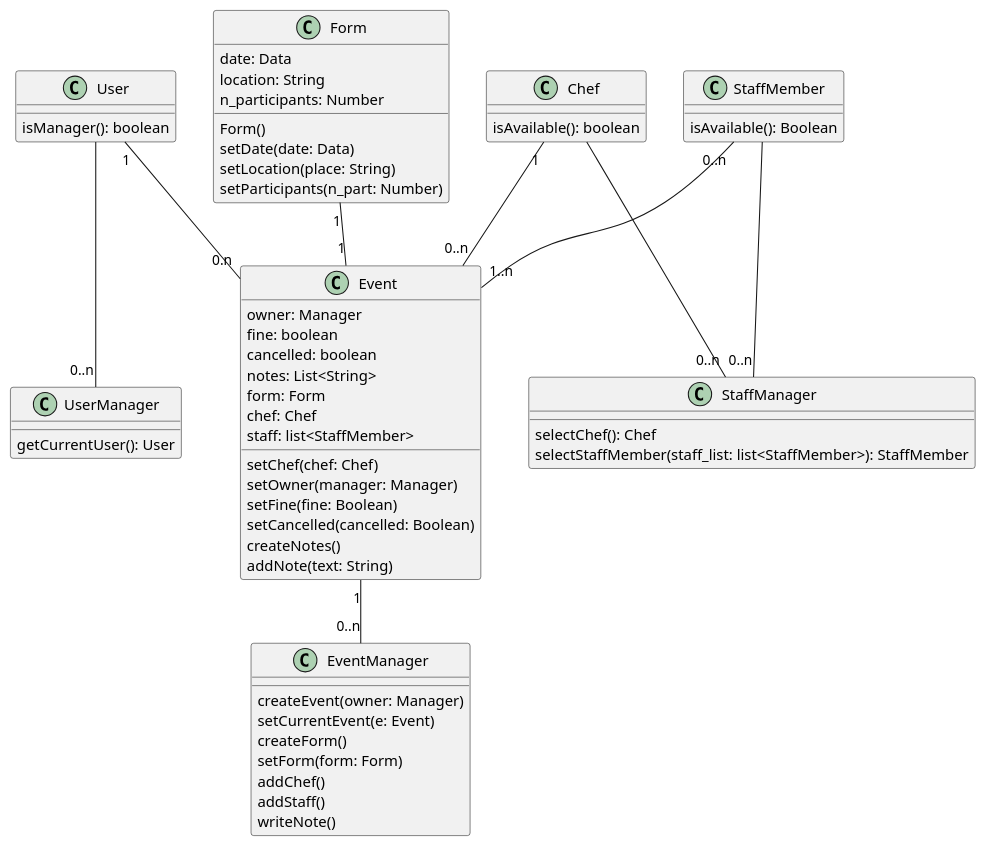
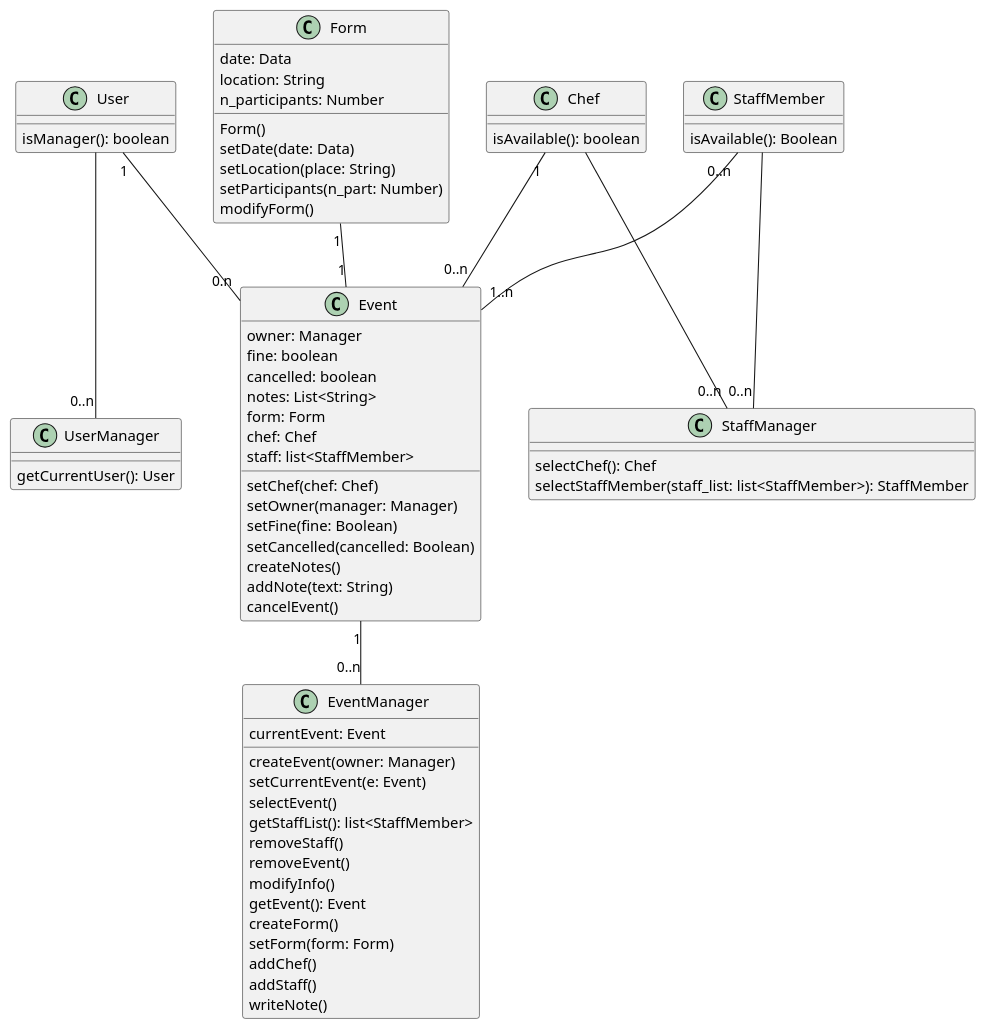
Before and after one commit to m0canu1/sas: the diagram in dcd/dcd-eventi.md, drawn with PlantUML.

Commit message:
dcd mega fico

````diff
--- a/dcd/dcd-eventi.md
+++ b/dcd/dcd-eventi.md
@@ -1,75 +1,84 @@
 ```plantuml
 
 Class User {
     isManager(): boolean
 }
 
 Class UserManager {
     getCurrentUser(): User
 }
 
 Class Event {
     owner: Manager
     fine: boolean
     cancelled: boolean
     notes: List<String>
     form: Form
     chef: Chef
     staff: list<StaffMember>
     setChef(chef: Chef)
     setOwner(manager: Manager)
     setFine(fine: Boolean)
     setCancelled(cancelled: Boolean)
     createNotes()
     addNote(text: String)
+    cancelEvent()
 }
 
 Class EventManager {
+    currentEvent: Event
     createEvent(owner: Manager)
     setCurrentEvent(e: Event)
+    selectEvent()
+    getStaffList(): list<StaffMember>
+    removeStaff()
+    removeEvent()
+    modifyInfo()
+    getEvent(): Event
     createForm()
     setForm(form: Form)
     addChef()
     addStaff()
     writeNote()
 }
 
 
 Class Form {
     date: Data
     location: String
     n_participants: Number
     Form()
     setDate(date: Data)
     setLocation(place: String)
     setParticipants(n_part: Number)
+    modifyForm()
 }
 
 
 Class Chef {
     isAvailable(): boolean
 }
     
 Class StaffMember {
     isAvailable(): Boolean
 }
 
 Class StaffManager {
     selectChef(): Chef
     selectStaffMember(staff_list: list<StaffMember>): StaffMember
 }
 
 
 
 User "1" -- "0.n" Event
 Event "1" -- "0..n" EventManager
 User -- "0..n" UserManager
 Form "1" -- "1" Event
 StaffMember -- "0..n" StaffManager
 Chef -- "0..n" StaffManager
 Chef "1" -- "0..n" Event
 StaffMember "0..n" -- "1..n" Event
 
 
 
 ```
````
